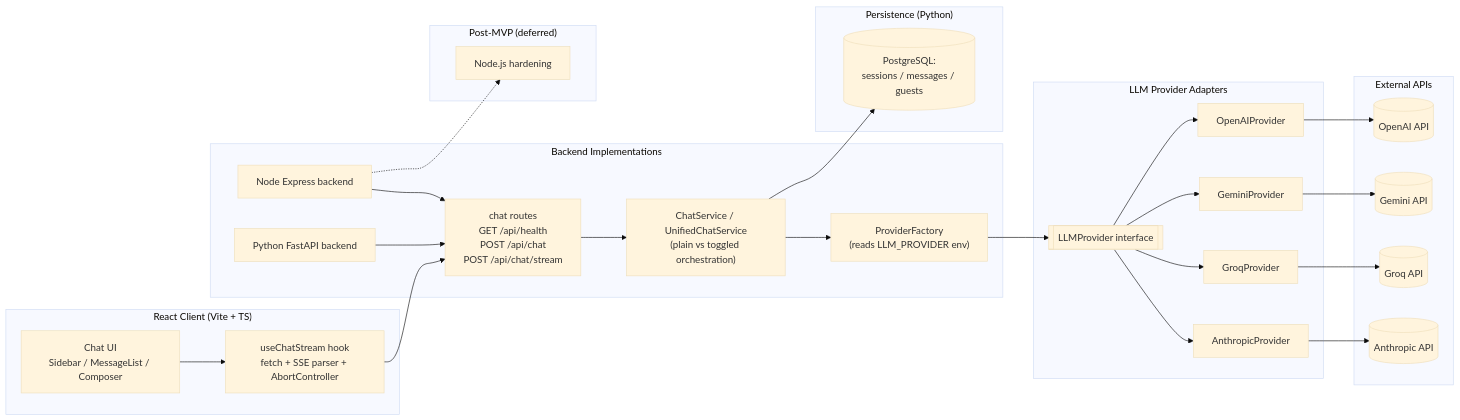
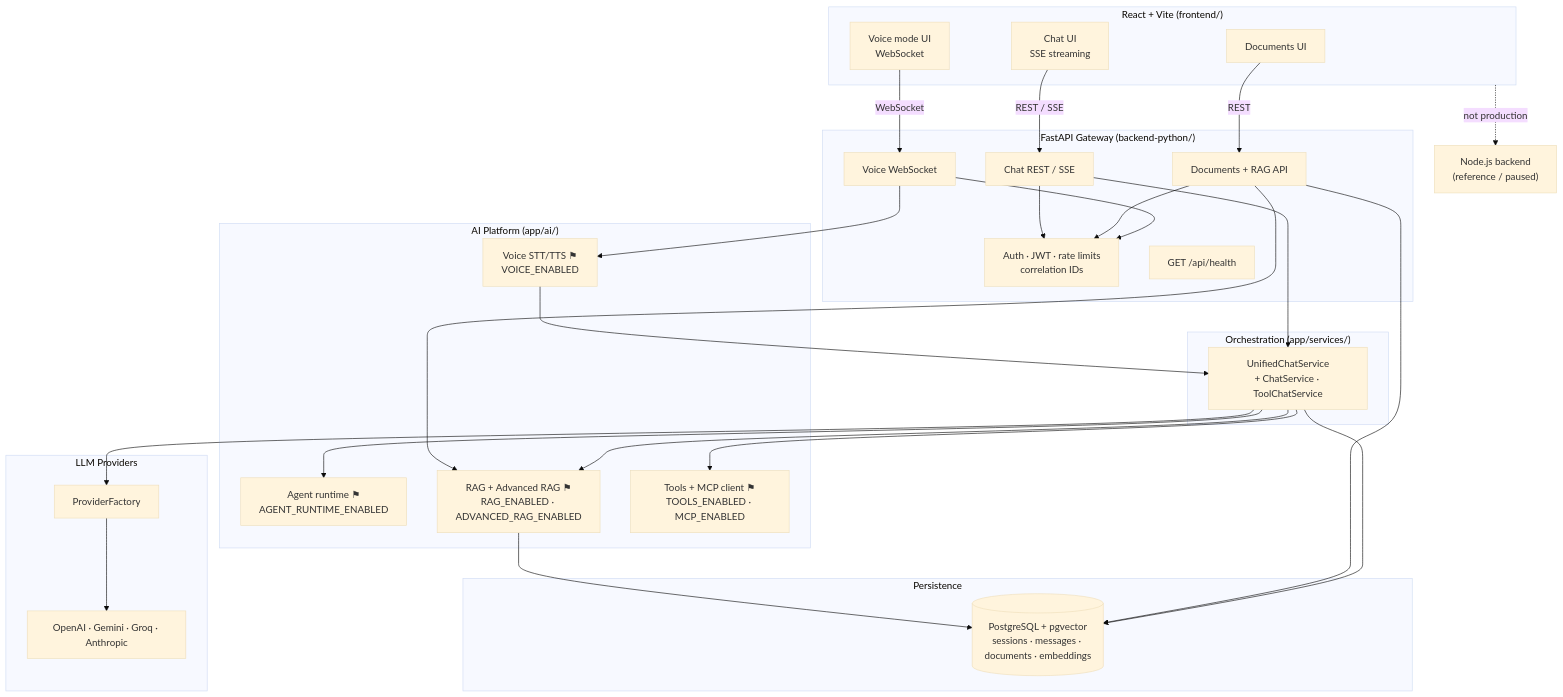
One commit to pateatlau/fullstack-ai-platform changed the diagram in README.md. Above: the diagram before and after it, drawn with Mermaid (base theme). The commit also changed other lines of this file and 2 other files, not shown here.

Commit message:
docs: add system architecture overview and update README diagram for public release Phase 4

````diff
--- a/README.md
+++ b/README.md
@@ -207,50 +213,63 @@
 ```mermaid
-flowchart LR
-  subgraph Client["React Client (Vite + TS)"]
-    UI["Chat UI\nSidebar / MessageList / Composer"]
-    Hook["useChatStream hook\nfetch + SSE parser + AbortController"]
+flowchart TB
+  subgraph Client["React + Vite (frontend/)"]
+    Chat["Chat UI\nSSE streaming"]
+    DocsUI["Documents UI"]
+    VoiceUI["Voice mode UI\nWebSocket"]
   end
 
-  subgraph API["Backend Implementations"]
-    Py["Python FastAPI backend"]
-    Node["Node Express backend"]
-    Router["chat routes\nGET /api/health\nPOST /api/chat\nPOST /api/chat/stream"]
-    Service["ChatService / UnifiedChatService\n(plain vs toggled orchestration)"]
-    Factory["ProviderFactory\n(reads LLM_PROVIDER env)"]
+  subgraph API["FastAPI Gateway (backend-python/)"]
+    Auth["Auth · JWT · rate limits\ncorrelation IDs"]
+    ChatAPI["Chat REST / SSE"]
+    VoiceWS["Voice WebSocket"]
+    DocAPI["Documents + RAG API"]
+    Health["GET /api/health"]
   end
 
-  subgraph Providers["LLM Provider Adapters"]
-    Base[["LLMProvider interface"]]
-    OpenAIAdapter["OpenAIProvider"]
-    GeminiAdapter["GeminiProvider"]
-    GroqAdapter["GroqProvider"]
-    AnthropicAdapter["AnthropicProvider"]
+  subgraph Services["Orchestration (app/services/)"]
+    UCS["UnifiedChatService\n+ ChatService · ToolChatService"]
   end
 
-  subgraph External["External APIs"]
-    OpenAI[("OpenAI API")]
-    Gemini[("Gemini API")]
-    Groq[("Groq API")]
-    Anthropic[("Anthropic API")]
+  subgraph Platform["AI Platform (app/ai/)"]
+    Agent["Agent runtime ⚑\nAGENT_RUNTIME_ENABLED"]
+    RAG["RAG + Advanced RAG ⚑\nRAG_ENABLED · ADVANCED_RAG_ENABLED"]
+    Tools["Tools + MCP client ⚑\nTOOLS_ENABLED · MCP_ENABLED"]
+    Voice["Voice STT/TTS ⚑\nVOICE_ENABLED"]
   end
 
-  subgraph Data["Persistence (Python)"]
-    DB[("PostgreSQL:\nsessions / messages / guests")]
+  subgraph Providers["LLM Providers"]
+    Factory["ProviderFactory"]
+    LLM["OpenAI · Gemini · Groq · Anthropic"]
   end
 
-  subgraph PostMVP["Post-MVP (deferred)"]
-    NodeHarden["Node.js hardening"]
+  subgraph Data["Persistence"]
+    PG[("PostgreSQL + pgvector\nsessions · messages · documents · embeddings")]
   end
 
-  UI --> Hook --> Router
-  Py --> Router
-  Node --> Router
-  Router --> Service --> Factory
-  Factory --> Base
-  Base --> OpenAIAdapter --> OpenAI
-  Base --> GeminiAdapter --> Gemini
-  Base --> GroqAdapter --> Groq
-  Base --> AnthropicAdapter --> Anthropic
-  Service --> DB
-  Node -.-> NodeHarden
+  NodeRef["Node.js backend\n(reference / paused)"]
+
+  Chat -->|REST / SSE| ChatAPI
+  VoiceUI -->|WebSocket| VoiceWS
+  DocsUI -->|REST| DocAPI
+
+  ChatAPI --> Auth
+  DocAPI --> Auth
+  VoiceWS --> Auth
+
+  ChatAPI --> UCS
+  VoiceWS --> Voice
+  Voice --> UCS
+  DocAPI --> RAG
+
+  UCS --> Agent
+  UCS --> RAG
+  UCS --> Tools
+  UCS --> Factory
+  Factory --> LLM
+
+  RAG --> PG
+  DocAPI --> PG
+  UCS --> PG
+
+  Client -.->|not production| NodeRef
 ```
````
